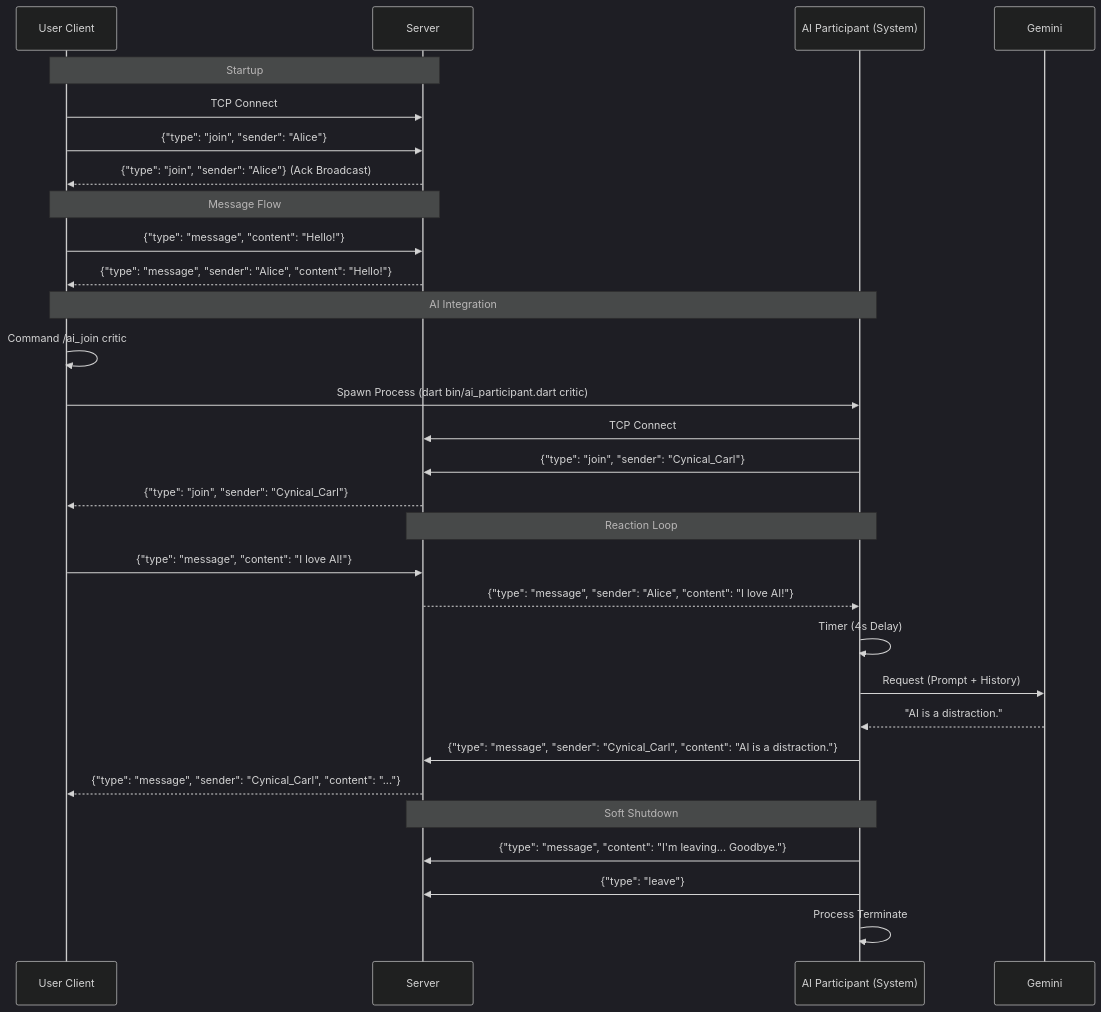
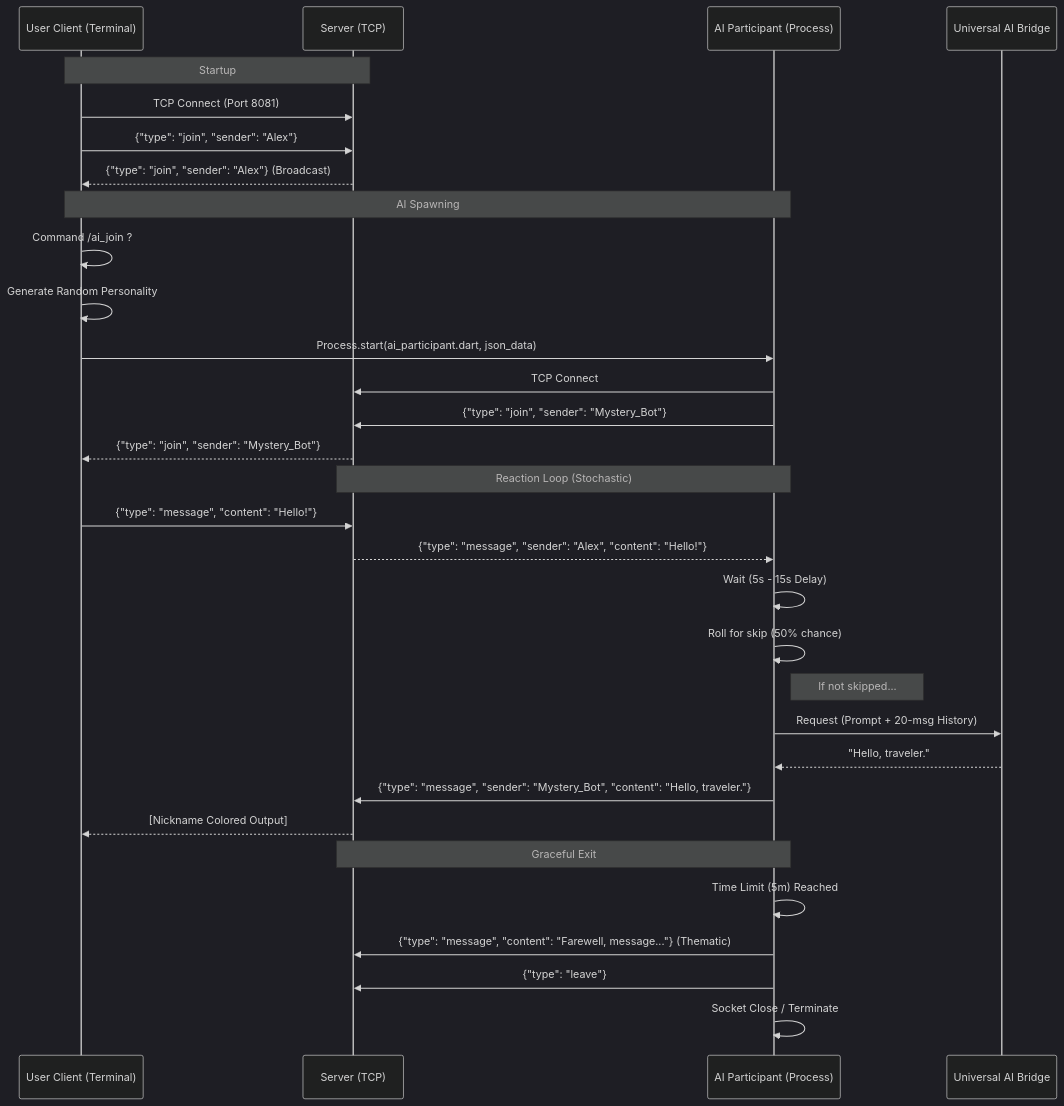
One commit to Kanzatuwka/Dart-AI-Chat-CLI changed the diagram in plan/sequence_diagram.md. Above: the diagram before and after it, drawn with Mermaid (dark theme). The commit also changed 3 other files, not shown here.

````diff
--- a/plan/sequence_diagram.md
+++ b/plan/sequence_diagram.md
@@ -3,36 +3,37 @@
 ```mermaid
 sequenceDiagram
-    participant U as User Client
-    participant S as Server
-    participant A as AI Participant (System)
+    participant U as User Client (Terminal)
+    participant S as Server (TCP)
+    participant A as AI Participant (Process)
+    participant E as Universal AI Bridge
 
     Note over U,S: Startup
-    U->>S: TCP Connect
-    U->>S: {"type": "join", "sender": "Alice"}
-    S-->>U: {"type": "join", "sender": "Alice"} (Ack Broadcast)
+    U->>S: TCP Connect (Port 8081)
+    U->>S: {"type": "join", "sender": "Alex"}
+    S-->>U: {"type": "join", "sender": "Alex"} (Broadcast)
 
-    Note over U,S: Message Flow
+    Note over U,A: AI Spawning
+    U->>U: Command /ai_join ?
+    U->>U: Generate Random Personality
+    U->>A: Process.start(ai_participant.dart, json_data)
+    A->>S: TCP Connect
+    A->>S: {"type": "join", "sender": "Mystery_Bot"}
+    S-->>U: {"type": "join", "sender": "Mystery_Bot"}
+    
+    Note over S,A: Reaction Loop (Stochastic)
     U->>S: {"type": "message", "content": "Hello!"}
-    S-->>U: {"type": "message", "sender": "Alice", "content": "Hello!"}
+    S-->>A: {"type": "message", "sender": "Alex", "content": "Hello!"}
+    A->>A: Wait (5s - 15s Delay)
+    A->>A: Roll for skip (50% chance)
+    Note right of A: If not skipped...
+    A->>E: Request (Prompt + 20-msg History)
+    E-->>A: "Hello, traveler."
+    A->>S: {"type": "message", "sender": "Mystery_Bot", "content": "Hello, traveler."}
+    S-->>U: [Nickname Colored Output]
 
-    Note over U,A: AI Integration
-    U->>U: Command /ai_join critic
-    U->>A: Spawn Process (dart bin/ai_participant.dart critic)
-    A->>S: TCP Connect
-    A->>S: {"type": "join", "sender": "Cynical_Carl"}
-    S-->>U: {"type": "join", "sender": "Cynical_Carl"}
-    
-    Note over S,A: Reaction Loop
-    U->>S: {"type": "message", "content": "I love AI!"}
-    S-->>A: {"type": "message", "sender": "Alice", "content": "I love AI!"}
-    A->>A: Timer (4s Delay)
-    A->>Gemini: Request (Prompt + History)
-    Gemini-->>A: "AI is a distraction."
-    A->>S: {"type": "message", "sender": "Cynical_Carl", "content": "AI is a distraction."}
-    S-->>U: {"type": "message", "sender": "Cynical_Carl", "content": "..."}
-
-    Note over A,S: Soft Shutdown
-    A->>S: {"type": "message", "content": "I'm leaving... Goodbye."}
+    Note over A,S: Graceful Exit
+    A->>A: Time Limit (5m) Reached
+    A->>S: {"type": "message", "content": "Farewell, message..."} (Thematic)
     A->>S: {"type": "leave"}
-    A->>A: Process Terminate
+    A->>A: Socket Close / Terminate
 ```
````
